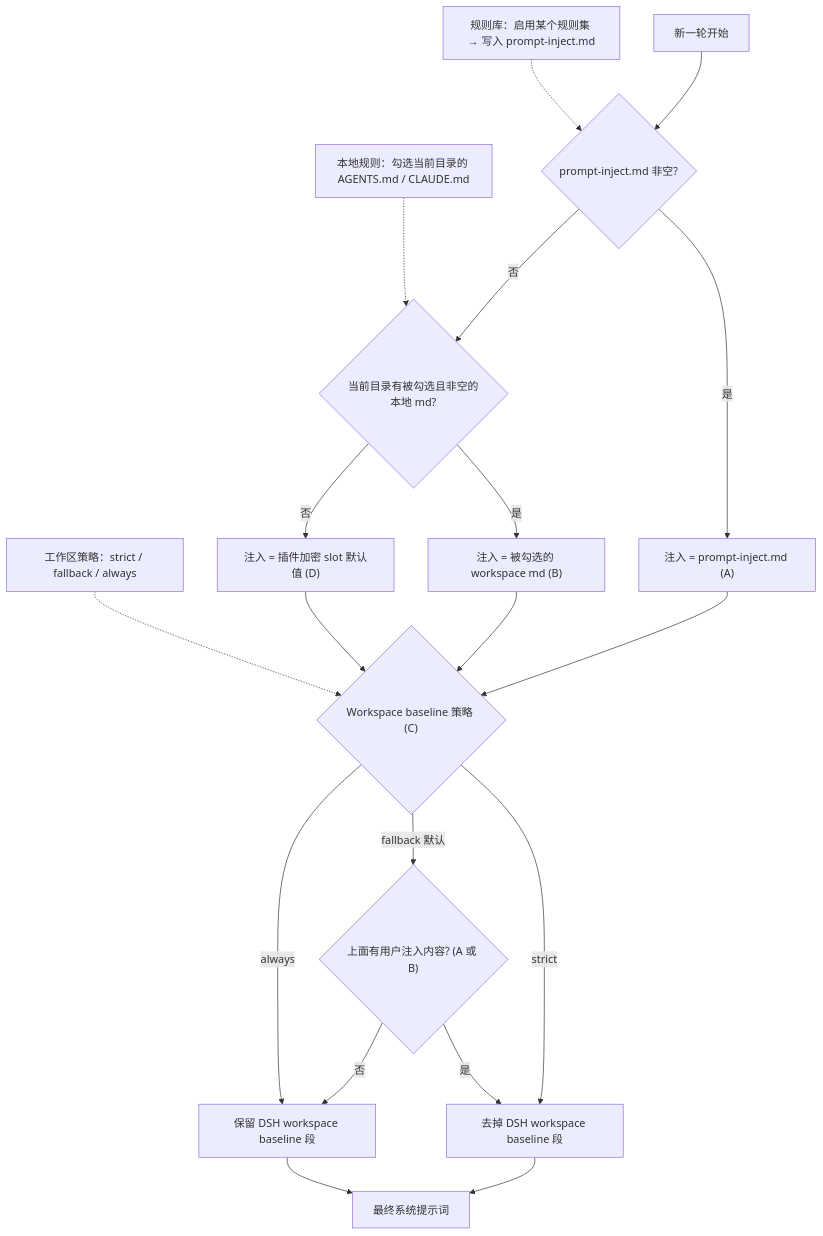
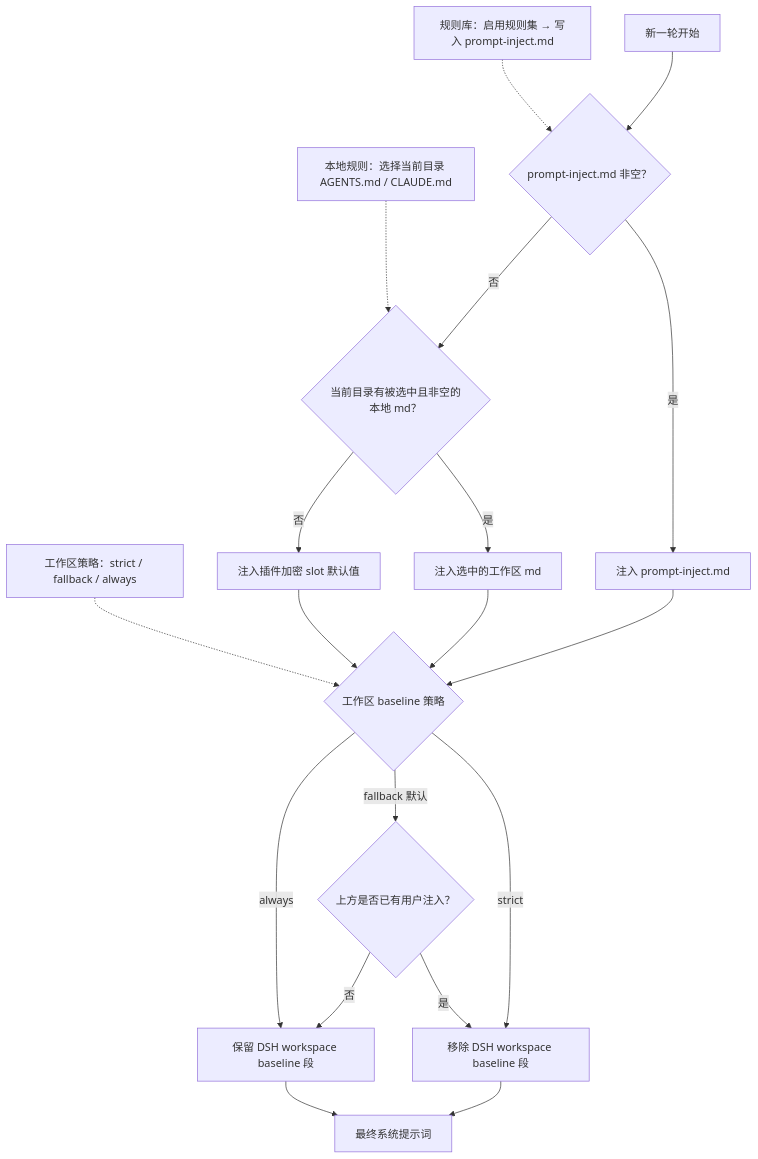
Before and after one commit to AcuteSZW/dsh-purge: the second of 3 diagrams in README.md, drawn with Mermaid. The commit also changed other lines of this file and 1 other file, not shown here.

````diff
--- a/README.md
+++ b/README.md
@@ -304,26 +287,24 @@
 ```mermaid
 flowchart TD
-  L["规则库：启用某个规则集 → 写入 prompt-inject.md"]
-  W["本地规则：勾选当前目录的 AGENTS.md / CLAUDE.md"]
+  L["规则库：启用规则集 → 写入 prompt-inject.md"]
+  W["本地规则：选择当前目录 AGENTS.md / CLAUDE.md"]
   P["工作区策略：strict / fallback / always"]
-
-  A["新一轮开始"] --> B{"prompt-inject.md 非空?"}
-  B -->|是| C["注入 = prompt-inject.md (A)"]
-  B -->|否| D{"当前目录有被勾选且非空的本地 md?"}
-  D -->|是| E["注入 = 被勾选的 workspace md (B)"]
-  D -->|否| F["注入 = 插件加密 slot 默认值 (D)"]
-  C --> G{"Workspace baseline 策略 (C)"}
+  A["新一轮开始"] --> B{"prompt-inject.md 非空？"}
+  B -->|是| C["注入 prompt-inject.md"]
+  B -->|否| D{"当前目录有被选中且非空的本地 md？"}
+  D -->|是| E["注入选中的工作区 md"]
+  D -->|否| F["注入插件加密 slot 默认值"]
+  C --> G{"工作区 baseline 策略"}
   E --> G
   F --> G
-  G -->|strict| H["去掉 DSH workspace baseline 段"]
-  G -->|fallback 默认| I{"上面有用户注入内容? (A 或 B)"}
+  G -->|strict| H["移除 DSH workspace baseline 段"]
+  G -->|fallback 默认| I{"上方是否已有用户注入？"}
   G -->|always| J["保留 DSH workspace baseline 段"]
   I -->|是| H
   I -->|否| J
   H --> K["最终系统提示词"]
   J --> K
-
   L -.-> B
   W -.-> D
   P -.-> G
 ```
````
